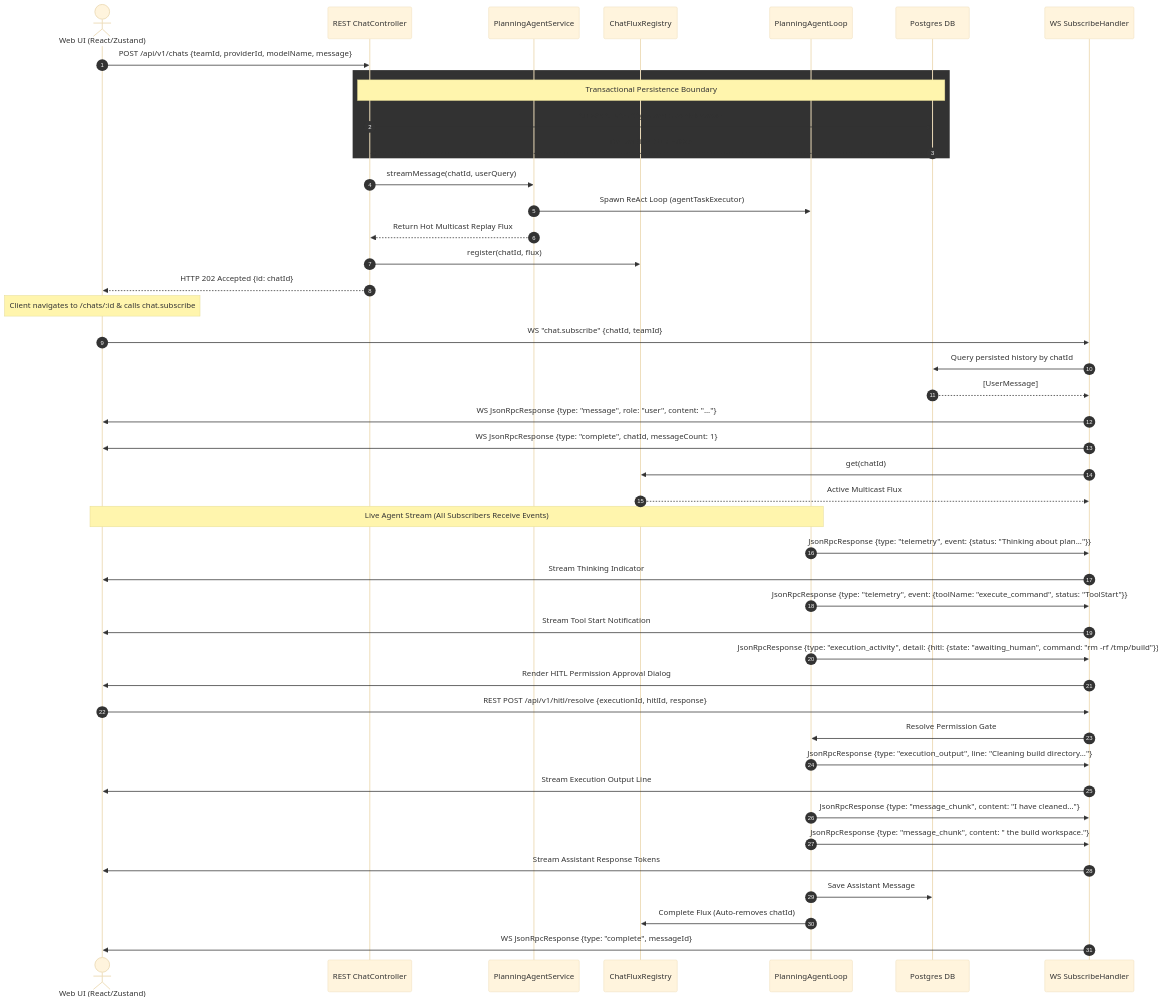
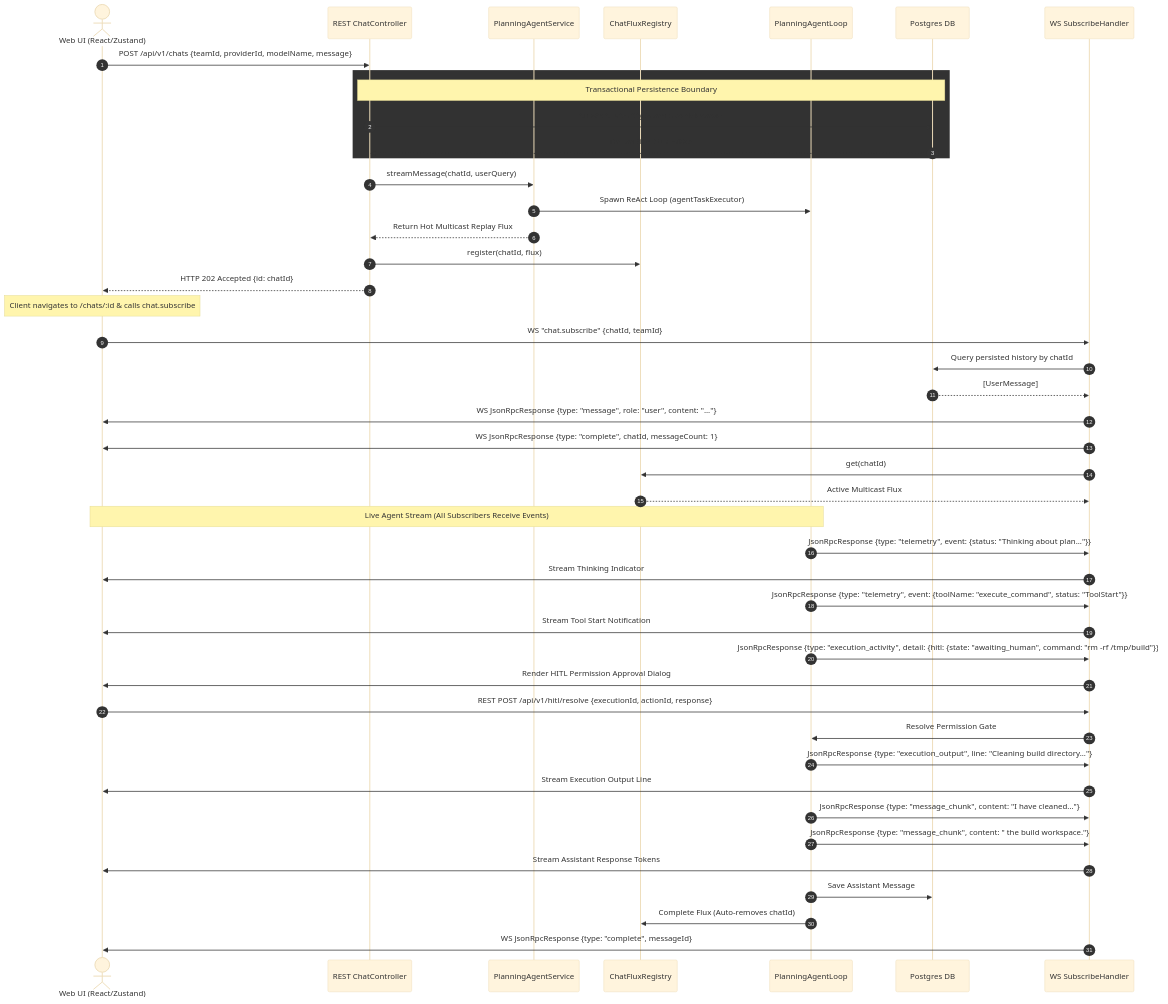
One commit to kratisai/kratis changed the first of 2 diagrams in docs/knowledge/chat-interaction-design.md. Above: the diagram before and after it, drawn with Mermaid (base theme). The commit also changed other lines of this file and 52 other files, not shown here.

````diff
--- a/docs/knowledge/chat-interaction-design.md
+++ b/docs/knowledge/chat-interaction-design.md
@@ -66,60 +66,60 @@
 ```mermaid
 sequenceDiagram
     autonumber
     actor Client as Web UI (React/Zustand)
     participant REST as REST ChatController
     participant Service as PlanningAgentService
     participant Reg as ChatFluxRegistry
     participant Agent as PlanningAgentLoop
     participant DB as Postgres DB
     participant WS as WS SubscribeHandler
 
     Client->>REST: POST /api/v1/chats {teamId, providerId, modelName, message}
     
     rect rgb(50, 50, 50)
         Note over REST,DB: Transactional Persistence Boundary
         REST->>DB: Create ChatEntity & save UserMessage
         DB-->>REST: Transaction Committed
     end
 
     REST->>Service: streamMessage(chatId, userQuery)
     Service->>Agent: Spawn ReAct Loop (agentTaskExecutor)
     Service-->>REST: Return Hot Multicast Replay Flux
     REST->>Reg: register(chatId, flux)
     REST-->>Client: HTTP 202 Accepted {id: chatId}
 
     Note over Client: Client navigates to /chats/:id & calls chat.subscribe
 
     Client->>WS: WS "chat.subscribe" {chatId, teamId}
     WS->>DB: Query persisted history by chatId
     DB-->>WS: [UserMessage]
     WS->>Client: WS JsonRpcResponse {type: "message", role: "user", content: "..."}
     WS->>Client: WS JsonRpcResponse {type: "complete", chatId, messageCount: 1}
 
     WS->>Reg: get(chatId)
     Reg-->>WS: Active Multicast Flux
     
     Note over Agent,Client: Live Agent Stream (All Subscribers Receive Events)
     Agent->>WS: JsonRpcResponse {type: "telemetry", event: {status: "Thinking about plan..."}}
     WS->>Client: Stream Thinking Indicator
     
     Agent->>WS: JsonRpcResponse {type: "telemetry", event: {toolName: "execute_command", status: "ToolStart"}}
     WS->>Client: Stream Tool Start Notification
     
     Agent->>WS: JsonRpcResponse {type: "execution_activity", detail: {hitl: {state: "awaiting_human", command: "rm -rf /tmp/build"}}}
     WS->>Client: Render HITL Permission Approval Dialog
     
-    Client->>WS: REST POST /api/v1/hitl/resolve {executionId, hitlId, response}
+    Client->>WS: REST POST /api/v1/hitl/resolve {executionId, actionId, response}
     WS->>Agent: Resolve Permission Gate
     
     Agent->>WS: JsonRpcResponse {type: "execution_output", line: "Cleaning build directory..."}
     WS->>Client: Stream Execution Output Line
     
     Agent->>WS: JsonRpcResponse {type: "message_chunk", content: "I have cleaned..."}
     Agent->>WS: JsonRpcResponse {type: "message_chunk", content: " the build workspace."}
     WS->>Client: Stream Assistant Response Tokens
 
     Agent->>DB: Save Assistant Message
     Agent->>Reg: Complete Flux (Auto-removes chatId)
     WS->>Client: WS JsonRpcResponse {type: "complete", messageId}
 ```
````
